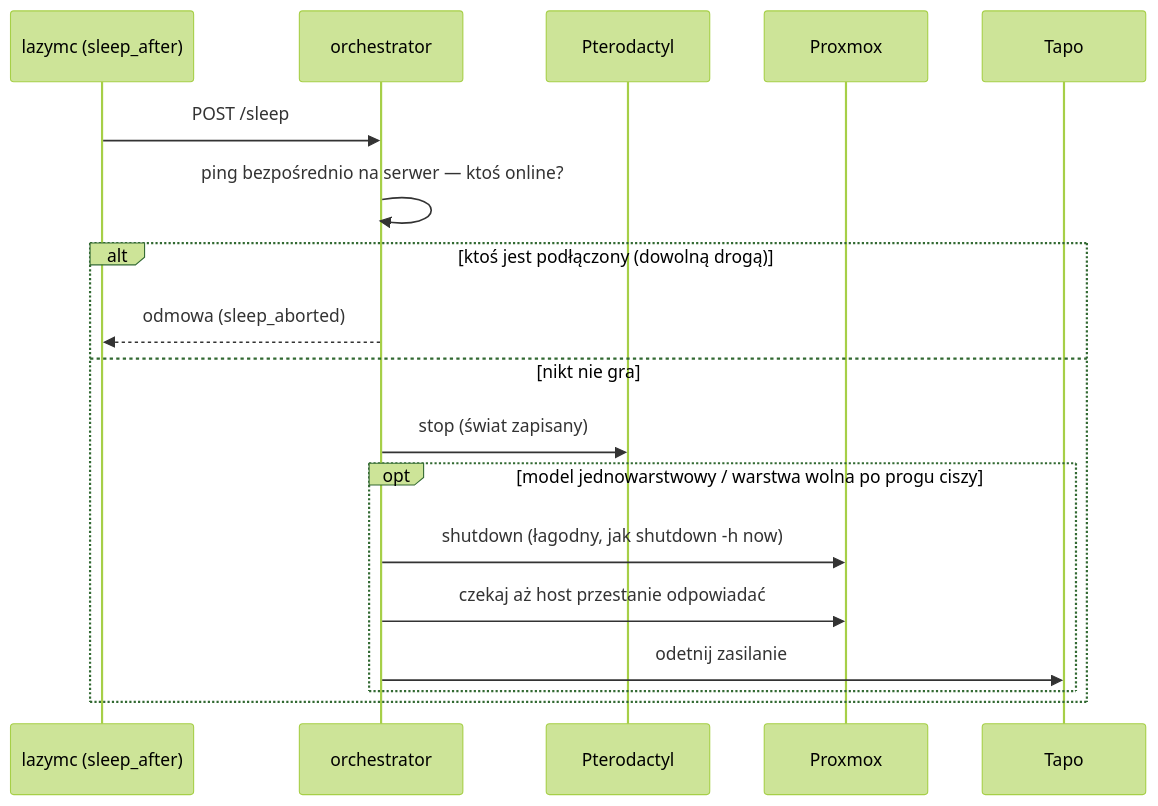
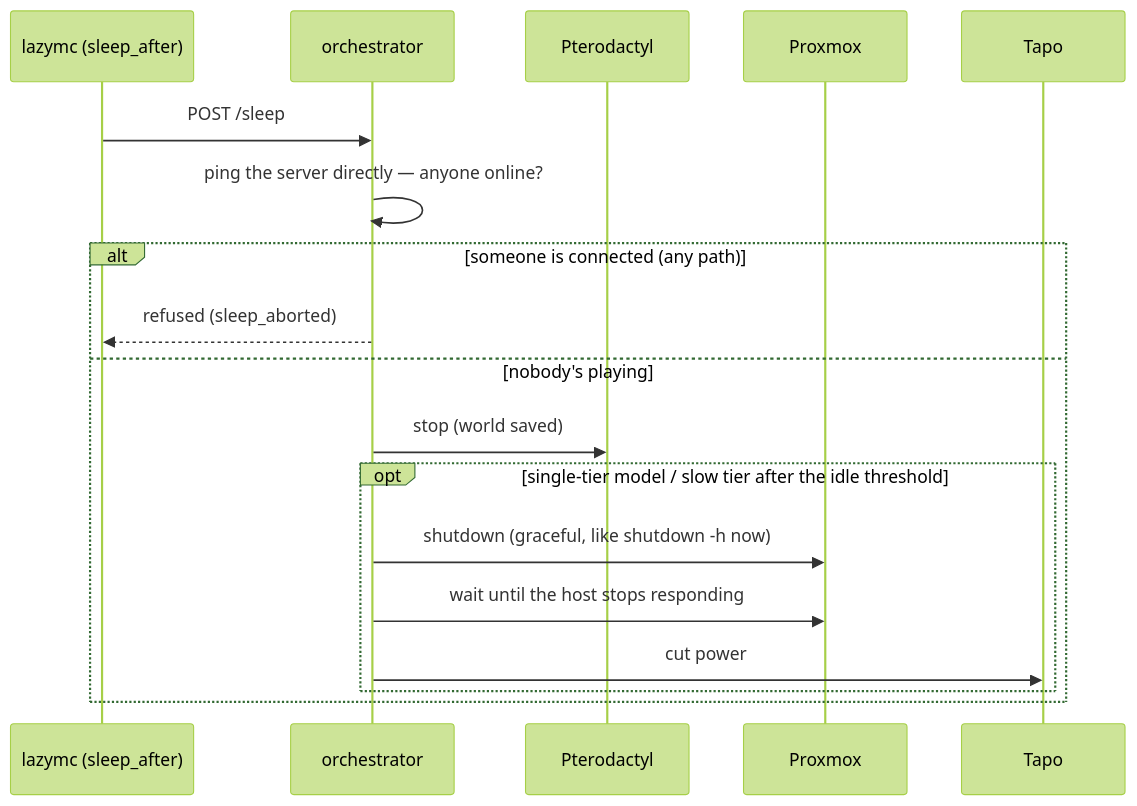
One commit to mrfroncu/mcwake changed the sixth of 6 diagrams in README.md. Above: the diagram before and after it, drawn with Mermaid (forest theme). The commit also changed other lines of this file, not shown here.

````diff
--- a/README.md
+++ b/README.md
@@ -321,21 +323,21 @@
 ```mermaid
 sequenceDiagram
     participant L as lazymc (sleep_after)
     participant O as orchestrator
     participant W as Pterodactyl
     participant Px as Proxmox
     participant T as Tapo
 
     L->>O: POST /sleep
-    O->>O: ping bezpośrednio na serwer — ktoś online?
-    alt ktoś jest podłączony (dowolną drogą)
-        O-->>L: odmowa (sleep_aborted)
-    else nikt nie gra
-        O->>W: stop (świat zapisany)
-        opt model jednowarstwowy / warstwa wolna po progu ciszy
-            O->>Px: shutdown (łagodny, jak shutdown -h now)
-            O->>Px: czekaj aż host przestanie odpowiadać
-            O->>T: odetnij zasilanie
+    O->>O: ping the server directly — anyone online?
+    alt someone is connected (any path)
+        O-->>L: refused (sleep_aborted)
+    else nobody's playing
+        O->>W: stop (world saved)
+        opt single-tier model / slow tier after the idle threshold
+            O->>Px: shutdown (graceful, like shutdown -h now)
+            O->>Px: wait until the host stops responding
+            O->>T: cut power
         end
     end
 ```
````
